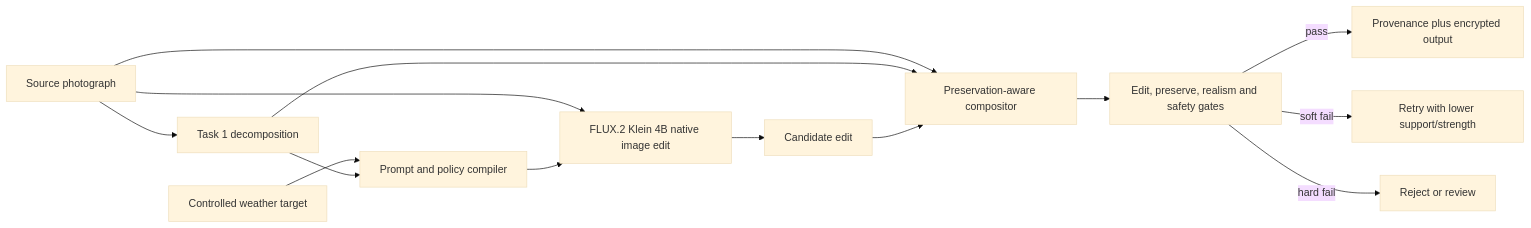
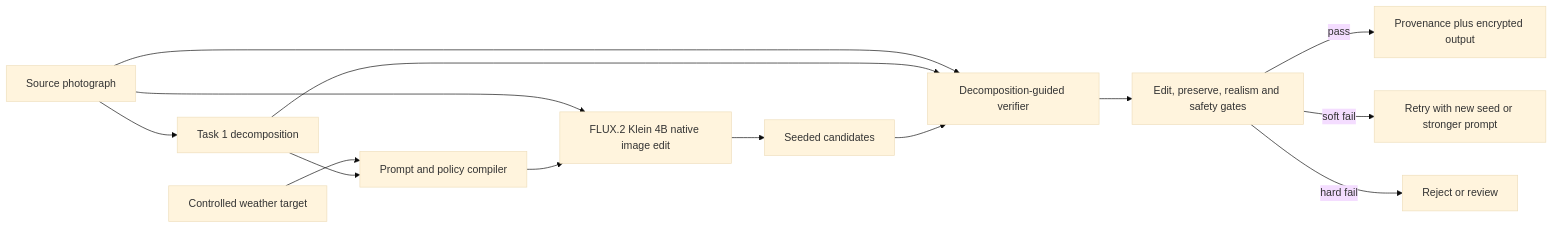
The diagram in docs/TASK2_GENERATION.md (mustafametesengul/generative-editing), drawn with Mermaid (base theme) before and after one commit. The commit also changed other lines of this file and 22 other files, not shown here.

Commit message:
Refactor weather editing pipeline for improved candidate selection and preservation metrics

````diff
--- a/docs/TASK2_GENERATION.md
+++ b/docs/TASK2_GENERATION.md
@@ -5,16 +5,16 @@
 ```mermaid
 flowchart LR
     A[Source photograph] --> B[Task 1 decomposition]
     A --> C[FLUX.2 Klein 4B native image edit]
     D[Controlled weather target] --> E[Prompt and policy compiler]
     B --> E
     E --> C
-    C --> F[Candidate edit]
-    A --> G[Preservation-aware compositor]
+    C --> F[Seeded candidates]
+    A --> G[Decomposition-guided verifier]
     B --> G
     F --> G
     G --> H[Edit, preserve, realism and safety gates]
     H -->|pass| I[Provenance plus encrypted output]
-    H -->|soft fail| J[Retry with lower support/strength]
+    H -->|soft fail| J[Retry with new seed or stronger prompt]
     H -->|hard fail| K[Reject or review]
 ```
````
